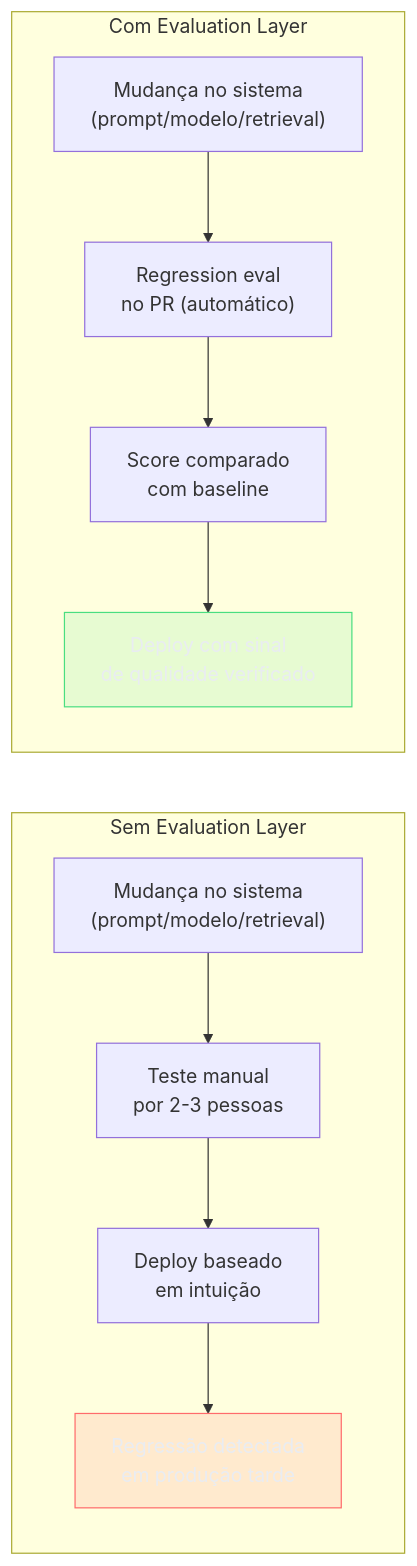
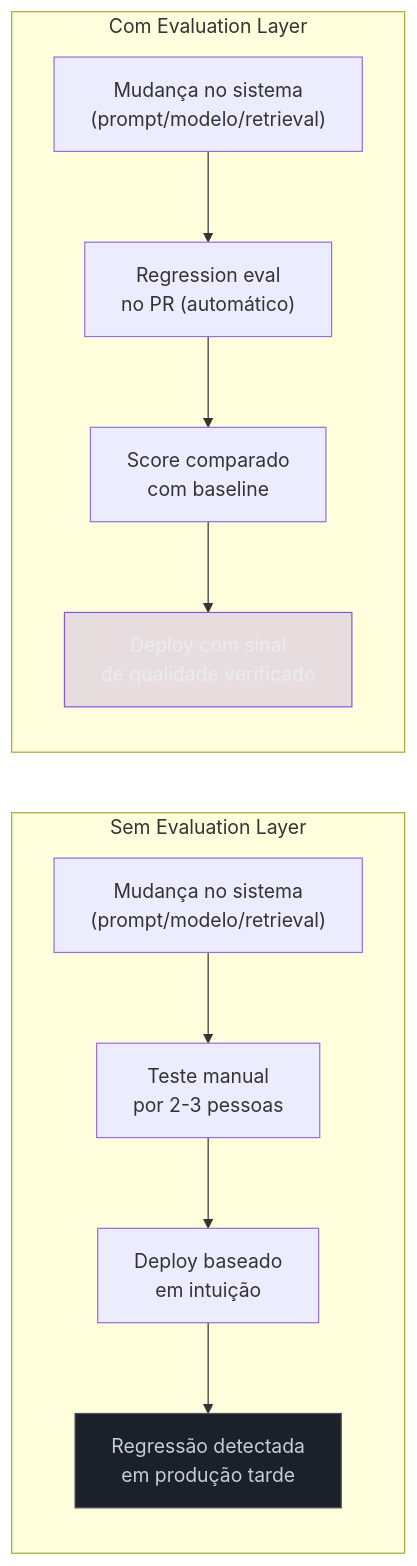
The diagram in 03-Dominios/Tecnologia/IA/AI Engineering Stack/09 - Evaluation Layer.md (josenaldo/codex-technomanticus), drawn with Mermaid before and after one commit. The commit also changed 601 other files, not shown here.

````diff
--- a/03-Dominios/Tecnologia/IA/AI Engineering Stack/09 - Evaluation Layer.md
+++ b/03-Dominios/Tecnologia/IA/AI Engineering Stack/09 - Evaluation Layer.md
@@ -36,24 +36,24 @@
 ```mermaid
 flowchart LR
-    classDef falha fill:#FF6B6B24,stroke:#FF6B6B,color:#E9ECF2
-    classDef ok fill:#4ADE8021,stroke:#4ADE80,color:#E9ECF2
+    classDef marca fill:#8855DF33,stroke:#8855DF,color:#E9ECF2
+    classDef neutro fill:#1B2029,stroke:#4E5666,color:#C6CCD8
     subgraph "Sem Evaluation Layer"
         A1["Mudança no sistema\n(prompt/modelo/retrieval)"]
         A2["Teste manual\npor 2-3 pessoas"]
         A3["Deploy baseado\nem intuição"]
         A4["Regressão detectada\nem produção tarde"]
     end
 
     subgraph "Com Evaluation Layer"
         B1["Mudança no sistema\n(prompt/modelo/retrieval)"]
         B2["Regression eval\nno PR (automático)"]
         B3["Score comparado\ncom baseline"]
         B4["Deploy com sinal\nde qualidade verificado"]
     end
 
     A1 --> A2 --> A3 --> A4
     B1 --> B2 --> B3 --> B4
 
-    class A4 falha
-    class B4 ok
+    class A4 neutro
+    class B4 marca
 ```
````
